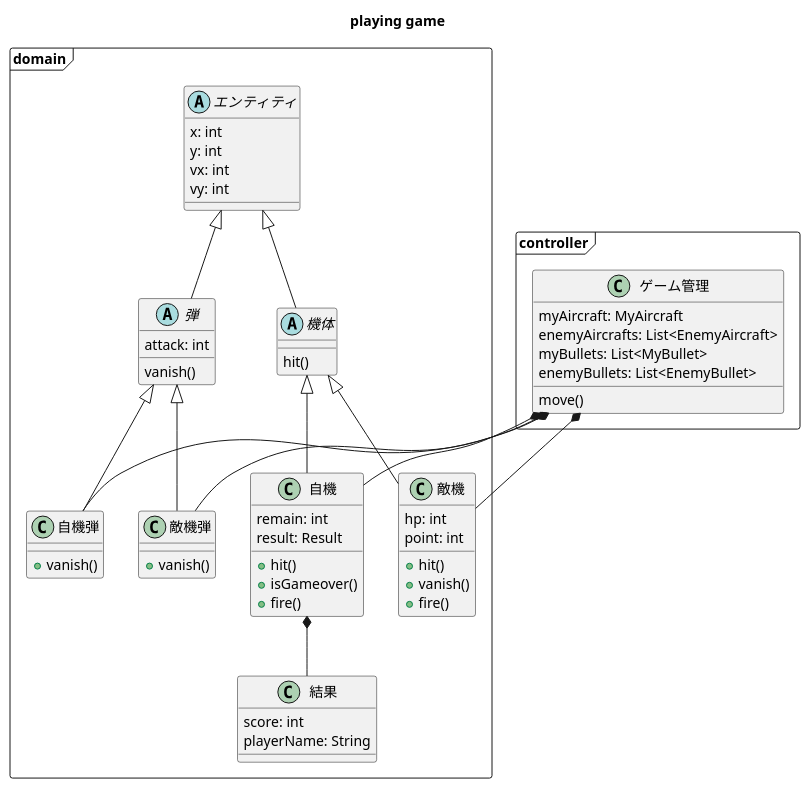
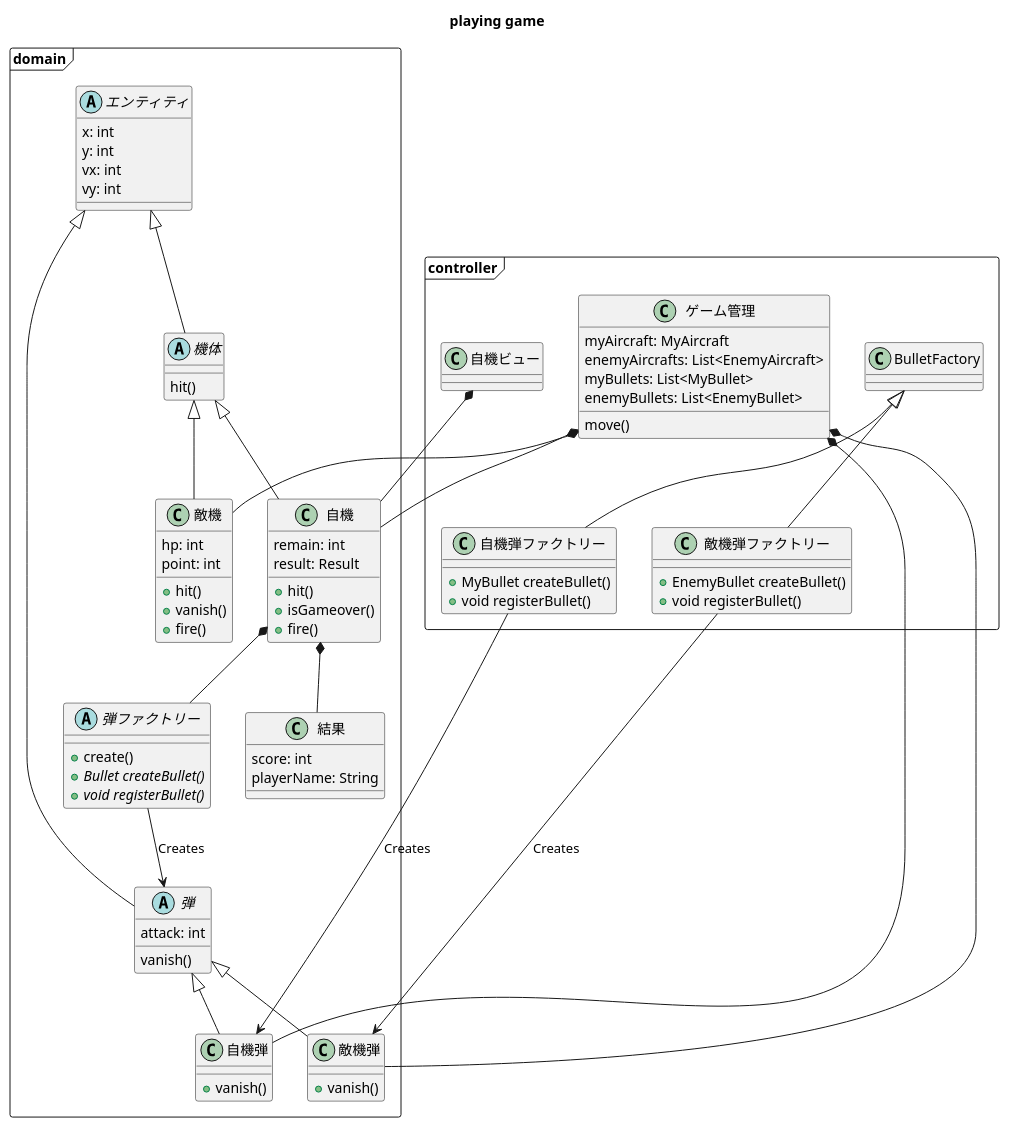
Before and after one commit to tokyo-forest/shooting-ddd: the diagram in domain_modeling/クラス図-ふるまい.pu, drawn with PlantUML.

Commit message:
とりあえずコミット

```diff
--- a/domain_modeling/クラス図-ふるまい.pu
+++ b/domain_modeling/クラス図-ふるまい.pu
@@ -1,76 +1,106 @@
 @startuml
 title playing game
 
 package domain <<Frame>> {
 
     abstract class "エンティティ" as Entity {
         x: int
         y: int
         vx: int
         vy: int
 
     }
 
     abstract class "弾" as Bullet extends Entity{
         attack: int
 
         vanish()
     }
+
 
     class "自機弾" as MyBullet extends Bullet {
         +vanish()
     }
 
     class "敵機弾" as EnemyBullet extends Bullet {
         +vanish()
     }
 
     abstract class "機体" as Aircraft extends Entity {
 
         hit()
     }
 
     class "自機" as MyAircraft extends Aircraft {
         remain: int
         result: Result
 
         +hit()
         +isGameover()
         +fire()
     }
 
     class "結果" as Result {
         score: int
         playerName: String
     }
 
     MyAircraft *-- Result
 
     class "敵機" as EnemyAircraft extends Aircraft {
         hp: int
         point: int
 
         +hit()
         +vanish()
         +fire()
     }
+    abstract class "弾ファクトリー" as BulletFactory {
+        +create()
+        +{abstract} Bullet createBullet()
+        +{abstract} void registerBullet()
+    }
+    MyAircraft *-- BulletFactory
 }
 
 package controller <<Frame>> {
     class "ゲーム管理" as Administrator {
         myAircraft: MyAircraft
         enemyAircrafts: List<EnemyAircraft>
         myBullets: List<MyBullet>
         enemyBullets: List<EnemyBullet>
 
         move()
     }
+
+
+    BulletFactory --> Bullet : Creates
+
+    Class "自機弾ファクトリー" as MyBulletFactory extends BulletFactory{
+        +MyBullet createBullet()
+        +void registerBullet()
+    }
+
+    MyBulletFactory --> MyBullet : Creates
+
+    Class "敵機弾ファクトリー" as EnemyBulletFactory extends BulletFactory{
+        +EnemyBullet createBullet()
+        +void registerBullet()
+    }
+
+    EnemyBulletFactory --> EnemyBullet : Creates
+
+    Class "自機ビュー" as MyAircraftView {
+
+    }
+    MyAircraftView *-- MyAircraft
+
 }
 
 Administrator *-- MyAircraft
 Administrator *-- EnemyAircraft
 Administrator *-- MyBullet
 Administrator *-- EnemyBullet
 
 
 @enduml
```
